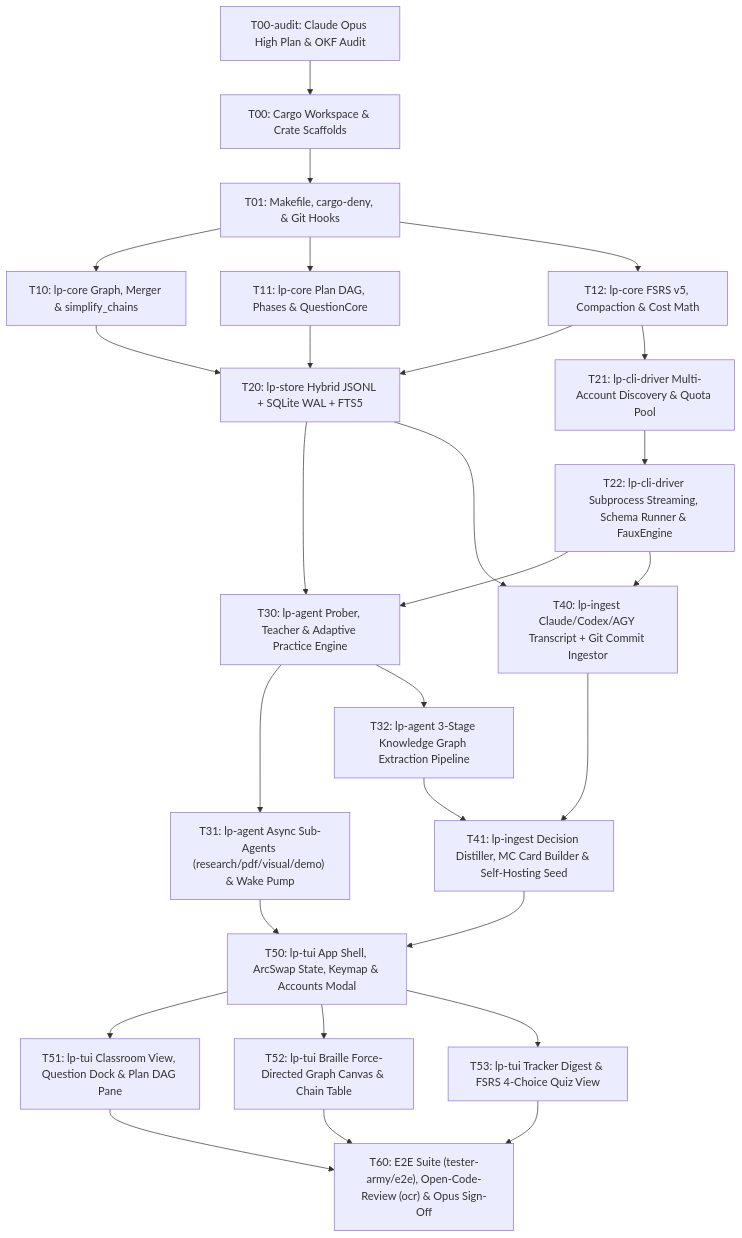
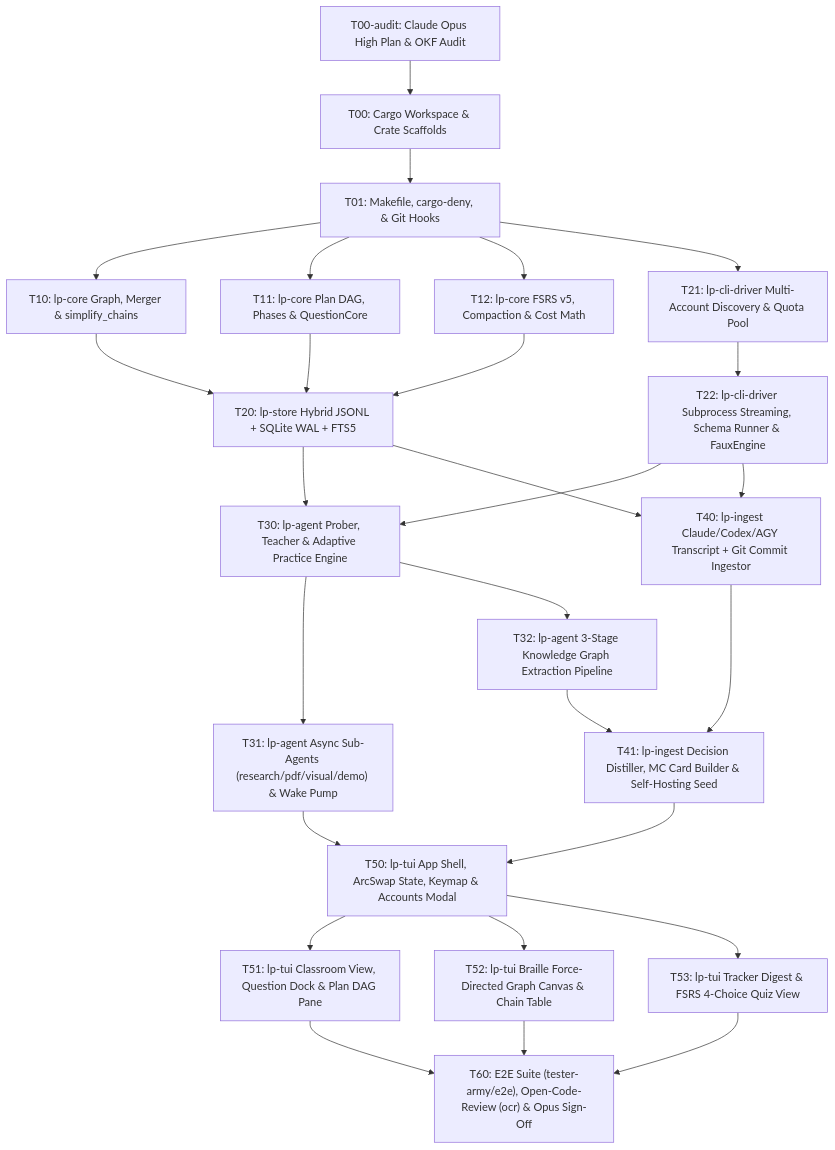
Before and after one commit to PrathamBhavsar/learnpuppy: the second of 2 diagrams in docs/PLAN.md, drawn with Mermaid.

Commit message:
docs: T21 depends on T01 only (parallel wave 1)

````diff
--- a/docs/PLAN.md
+++ b/docs/PLAN.md
@@ -285,29 +285,29 @@
 ```mermaid
 flowchart TD
     T00A["T00-audit: Claude Opus High Plan & OKF Audit"] --> T00["T00: Cargo Workspace & Crate Scaffolds"]
     T00 --> T01["T01: Makefile, cargo-deny, & Git Hooks"]
     T01 --> T10["T10: lp-core Graph, Merger & simplify_chains"]
     T01 --> T11["T11: lp-core Plan DAG, Phases & QuestionCore"]
     T01 --> T12["T12: lp-core FSRS v5, Compaction & Cost Math"]
     T10 --> T20["T20: lp-store Hybrid JSONL + SQLite WAL + FTS5"]
     T11 --> T20
     T12 --> T20
-    T12 --> T21["T21: lp-cli-driver Multi-Account Discovery & Quota Pool"]
+    T01 --> T21["T21: lp-cli-driver Multi-Account Discovery & Quota Pool"]
     T21 --> T22["T22: lp-cli-driver Subprocess Streaming, Schema Runner & FauxEngine"]
     T20 --> T30["T30: lp-agent Prober, Teacher & Adaptive Practice Engine"]
     T22 --> T30
     T30 --> T31["T31: lp-agent Async Sub-Agents (research/pdf/visual/demo) & Wake Pump"]
     T30 --> T32["T32: lp-agent 3-Stage Knowledge Graph Extraction Pipeline"]
     T20 --> T40["T40: lp-ingest Claude/Codex/AGY Transcript + Git Commit Ingestor"]
     T22 --> T40
     T40 --> T41["T41: lp-ingest Decision Distiller, MC Card Builder & Self-Hosting Seed"]
     T32 --> T41
     T31 --> T50["T50: lp-tui App Shell, ArcSwap State, Keymap & Accounts Modal"]
     T41 --> T50
     T50 --> T51["T51: lp-tui Classroom View, Question Dock & Plan DAG Pane"]
     T50 --> T52["T52: lp-tui Braille Force-Directed Graph Canvas & Chain Table"]
     T50 --> T53["T53: lp-tui Tracker Digest & FSRS 4-Choice Quiz View"]
     T51 --> T60["T60: E2E Suite (tester-army/e2e), Open-Code-Review (ocr) & Opus Sign-Off"]
     T52 --> T60
     T53 --> T60
 ```
````
